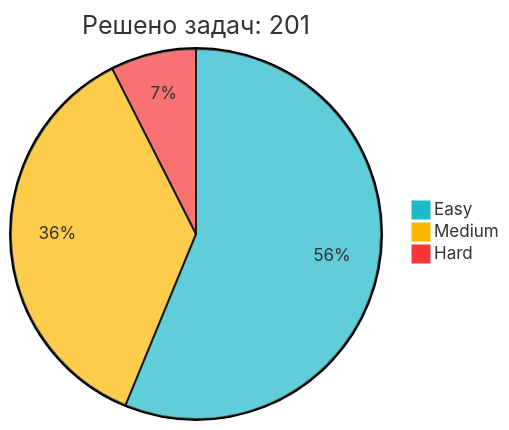
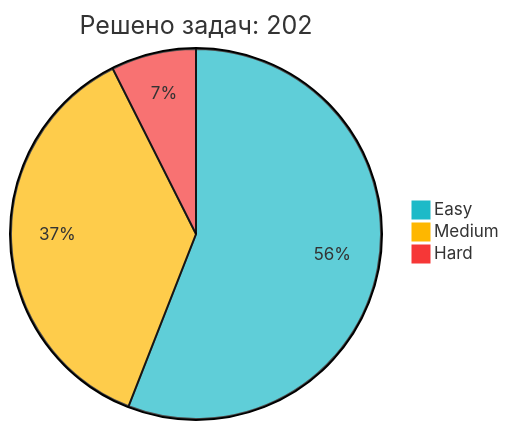
Before and after one commit to IliaKurdukov/IliaKurdukov: the diagram in README.md, drawn with Mermaid. The commit also changed other lines of this file, not shown here.

Commit message:
📈 Обновление статистики LeetCode

````diff
--- a/README.md
+++ b/README.md
@@ -51,7 +51,7 @@
 ```mermaid
 %%{init: {'theme': 'base', 'themeVariables': { 'pie1': '#1CBAC8', 'pie2': '#FEB700', 'pie3': '#F63737' }, 'config': {'width': 300, 'height': 200}}}%%
-pie title Решено задач: 201
+pie title Решено задач: 202
    "Easy" : 113
-   "Medium" : 73
+   "Medium" : 74
    "Hard" : 15
 ```
````
